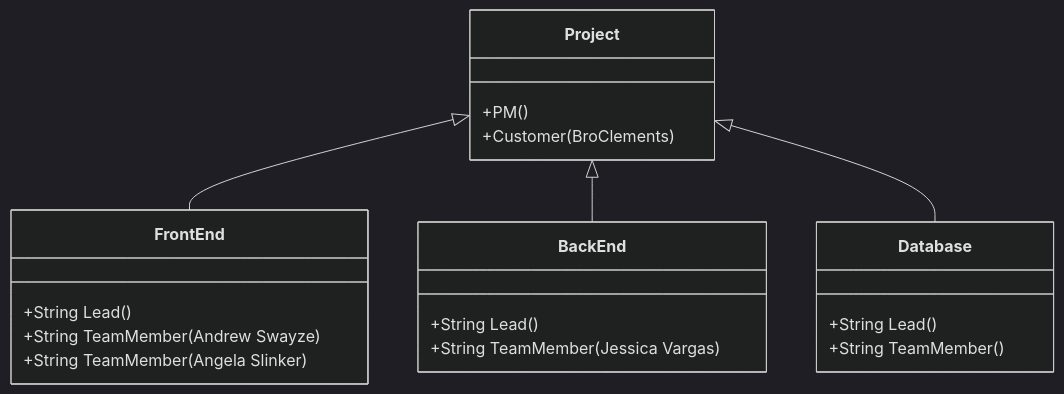
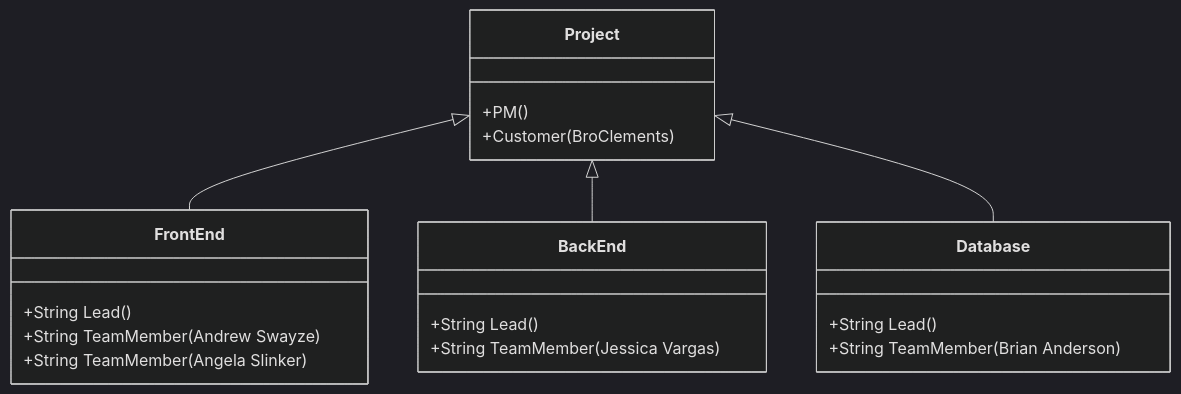
Before and after one commit to byui-cse397/2024WinCSE490PCP: the second of 2 diagrams in ProjectManagement/OrganizationChart/OrganizationChart.md, drawn with Mermaid (dark theme).

````diff
--- a/ProjectManagement/OrganizationChart/OrganizationChart.md
+++ b/ProjectManagement/OrganizationChart/OrganizationChart.md
@@ -23,22 +23,22 @@
 ```mermaid
 classDiagram
       Project <|-- FrontEnd
       Project <|-- BackEnd
       Project <|-- Database
       Project : +PM()
       Project : +Customer(BroClements)
       class FrontEnd{
           +String Lead()
           +String TeamMember(Andrew Swayze)
           +String TeamMember(Angela Slinker)
 
       }
       class BackEnd{
           +String Lead()
           +String TeamMember(Jessica Vargas)
       }
       class Database{
           +String Lead()
-          +String TeamMember()
+          +String TeamMember(Brian Anderson)
       }
 ```
````
